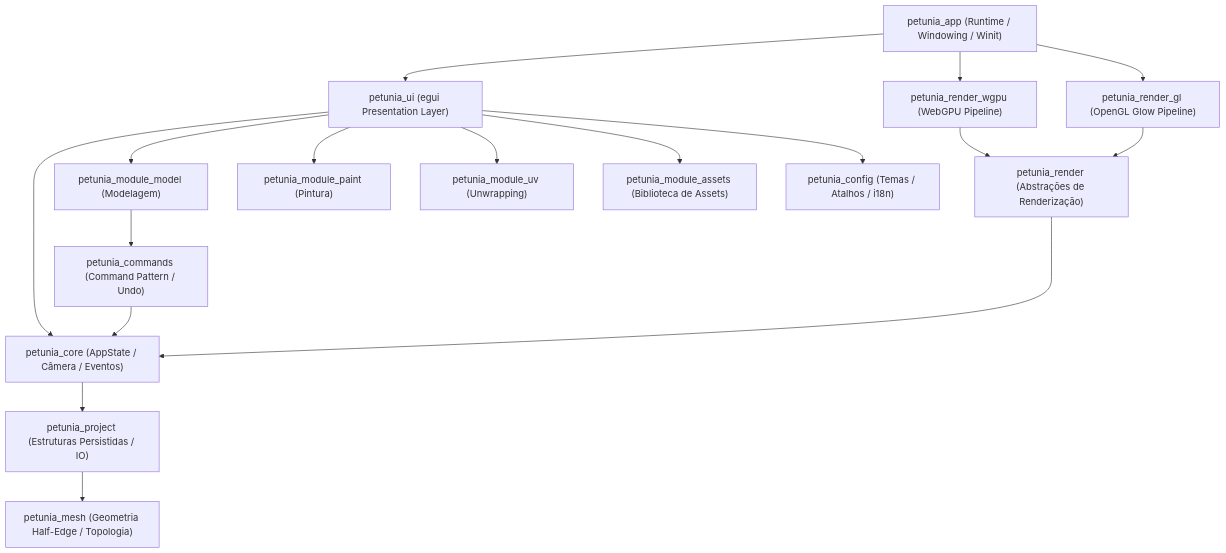
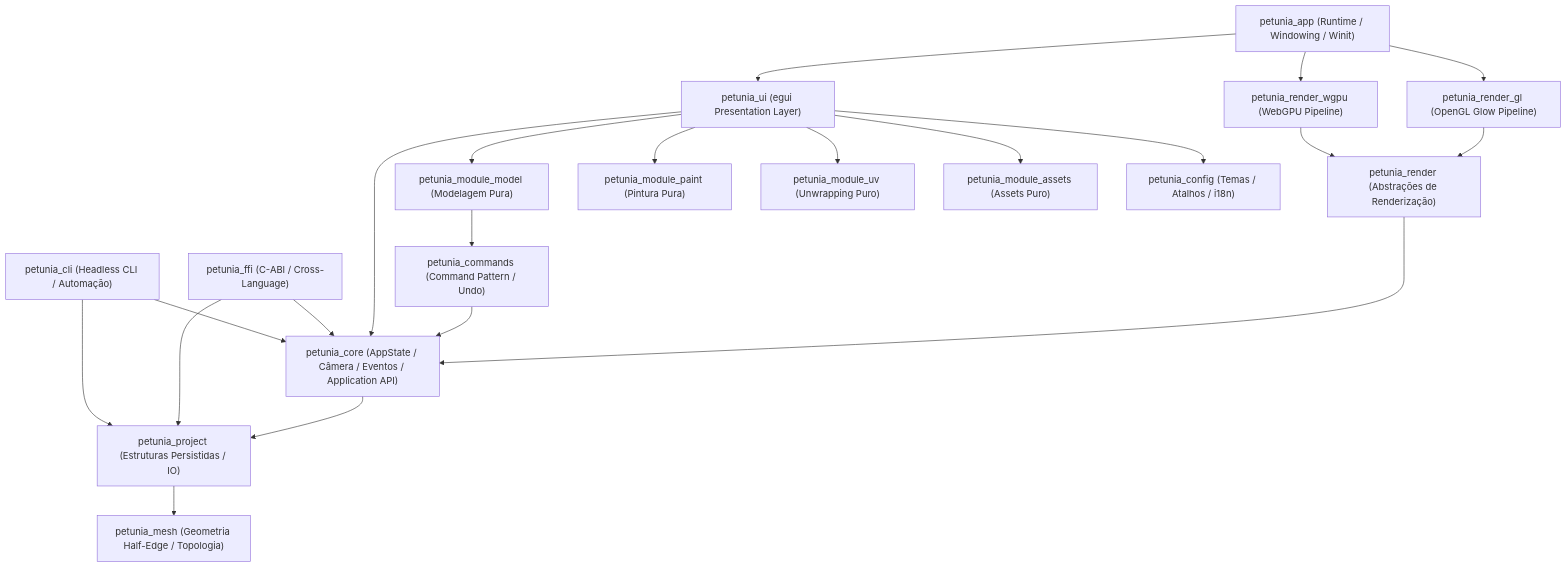
One commit to raillen/petunia3d changed the diagram in docs/developers/architecture.md. Above: the diagram before and after it, drawn with Mermaid. The commit also changed other lines of this file and 7 other files, not shown here.

````diff
--- a/docs/developers/architecture.md
+++ b/docs/developers/architecture.md
@@ -5,34 +5,40 @@
 ```mermaid
 graph TD
     App["petunia_app (Runtime / Windowing / Winit)"]
+    CLI["petunia_cli (Headless CLI / Automação)"]
+    FFI["petunia_ffi (C-ABI / Cross-Language)"]
     UI["petunia_ui (egui Presentation Layer)"]
     RenderWGPU["petunia_render_wgpu (WebGPU Pipeline)"]
     RenderGL["petunia_render_gl (OpenGL Glow Pipeline)"]
     RenderCommon["petunia_render (Abstrações de Renderização)"]
-    ModuleModel["petunia_module_model (Modelagem)"]
-    ModulePaint["petunia_module_paint (Pintura)"]
-    ModuleUV["petunia_module_uv (Unwrapping)"]
-    ModuleAssets["petunia_module_assets (Biblioteca de Assets)"]
+    ModuleModel["petunia_module_model (Modelagem Pura)"]
+    ModulePaint["petunia_module_paint (Pintura Pura)"]
+    ModuleUV["petunia_module_uv (Unwrapping Puro)"]
+    ModuleAssets["petunia_module_assets (Assets Puro)"]
     Commands["petunia_commands (Command Pattern / Undo)"]
-    Core["petunia_core (AppState / Câmera / Eventos)"]
+    Core["petunia_core (AppState / Câmera / Eventos / Application API)"]
     Project["petunia_project (Estruturas Persistidas / IO)"]
     Mesh["petunia_mesh (Geometria Half-Edge / Topologia)"]
     Config["petunia_config (Temas / Atalhos / i18n)"]
 
     App --> UI
+    CLI --> Core
+    CLI --> Project
+    FFI --> Core
+    FFI --> Project
     UI --> Core
     UI --> Config
     UI --> ModuleModel
     UI --> ModulePaint
     UI --> ModuleUV
     UI --> ModuleAssets
     ModuleModel --> Commands
     Commands --> Core
     Core --> Project
     Project --> Mesh
     RenderWGPU --> RenderCommon
     RenderGL --> RenderCommon
     RenderCommon --> Core
     App --> RenderWGPU
     App --> RenderGL
 ```
````
